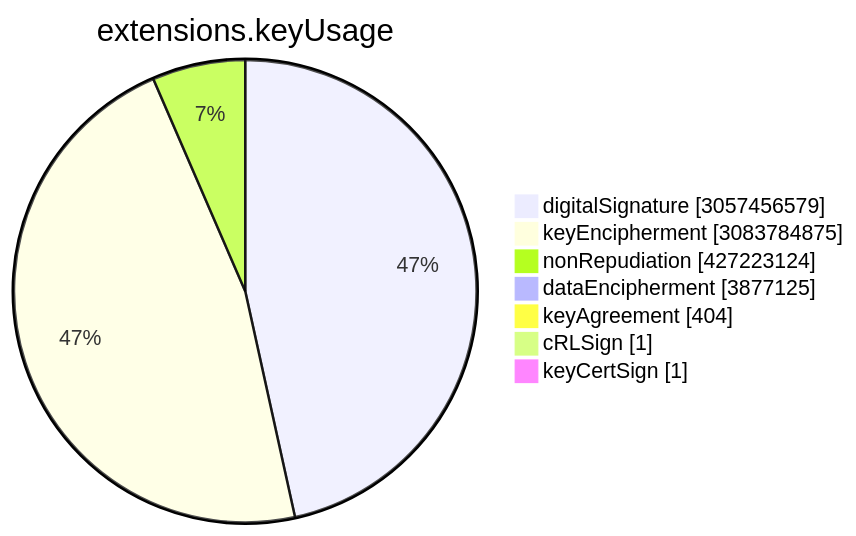
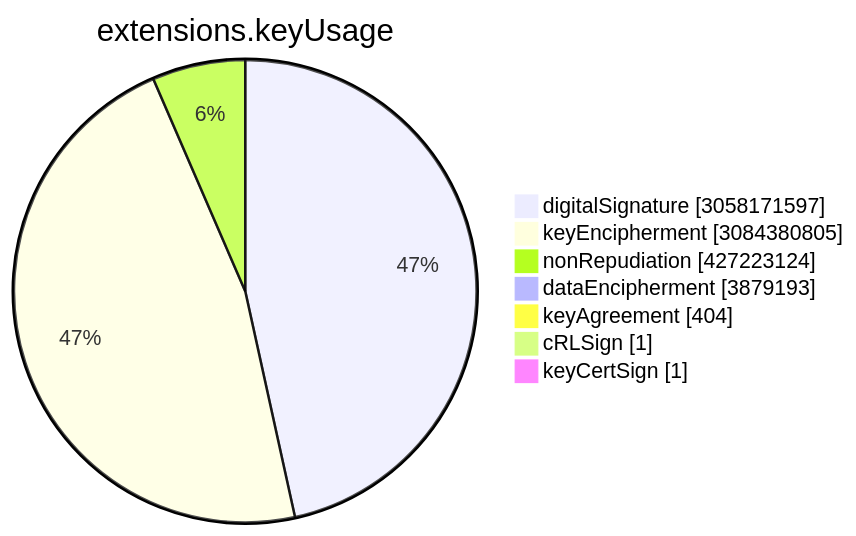
The sixth of 15 diagrams in TOTAL/README.md (christiankrug/ctmonitor_visualization), drawn with Mermaid before and after one commit. The commit also changed other lines of this file, not shown here.

````diff
--- a/TOTAL/README.md
+++ b/TOTAL/README.md
@@ -3077,11 +3077,11 @@
 ```mermaid
 pie showData
 title extensions.keyUsage
-"digitalSignature" :3057456579
-"keyEncipherment" :3083784875
+"digitalSignature" :3058171597
+"keyEncipherment" :3084380805
 "nonRepudiation" :427223124
-"dataEncipherment" :3877125
+"dataEncipherment" :3879193
 "keyAgreement" :404
 "cRLSign" :1
 "keyCertSign" :1
 ```
````
